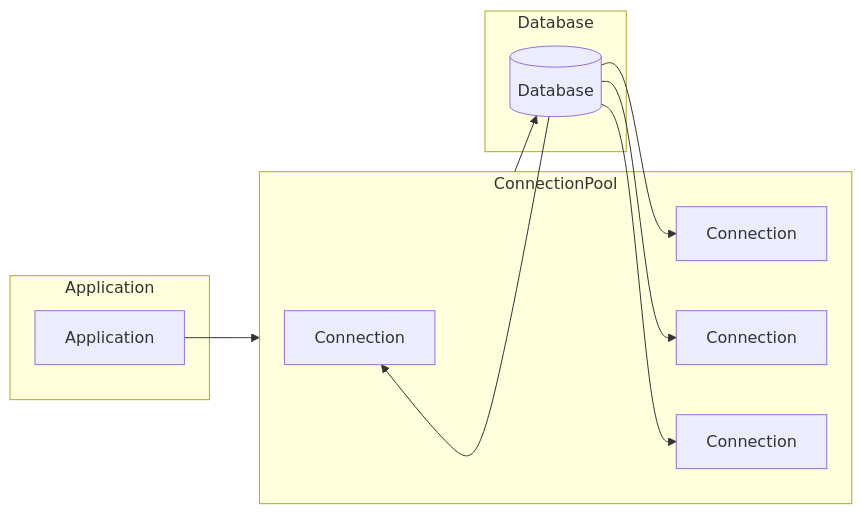
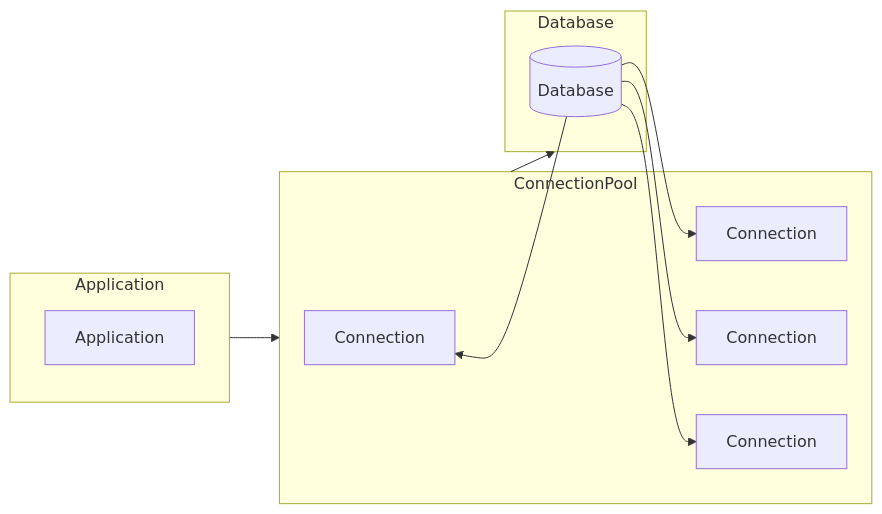
The diagram in application/db/connection_pool.md (benggri/study), drawn with Mermaid before and after one commit.

````diff
--- a/application/db/connection_pool.md
+++ b/application/db/connection_pool.md
@@ -3,21 +3,21 @@
 ```mermaid
 flowchart LR
   subgraph Application
     APP[Application]
   end
   subgraph ConnectionPool
     C1[Connection]
     C2[Connection]
     C3[Connection]
     C4[Connection]
   end
   subgraph Database
     DB[(Database)]
   end
-  APP --> ConnectionPool
-  ConnectionPool --> DB
+  Application --> ConnectionPool
+  ConnectionPool --> Database
   DB --> C1
   DB --> C2
   DB --> C3
   DB --> C4
 ```
````
